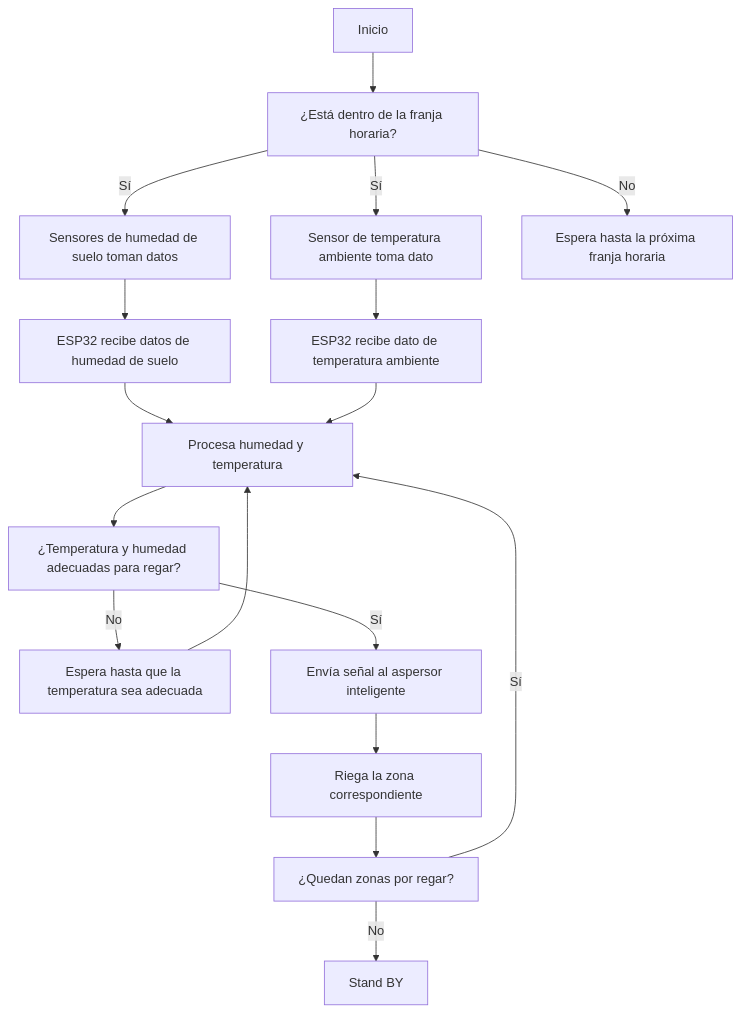
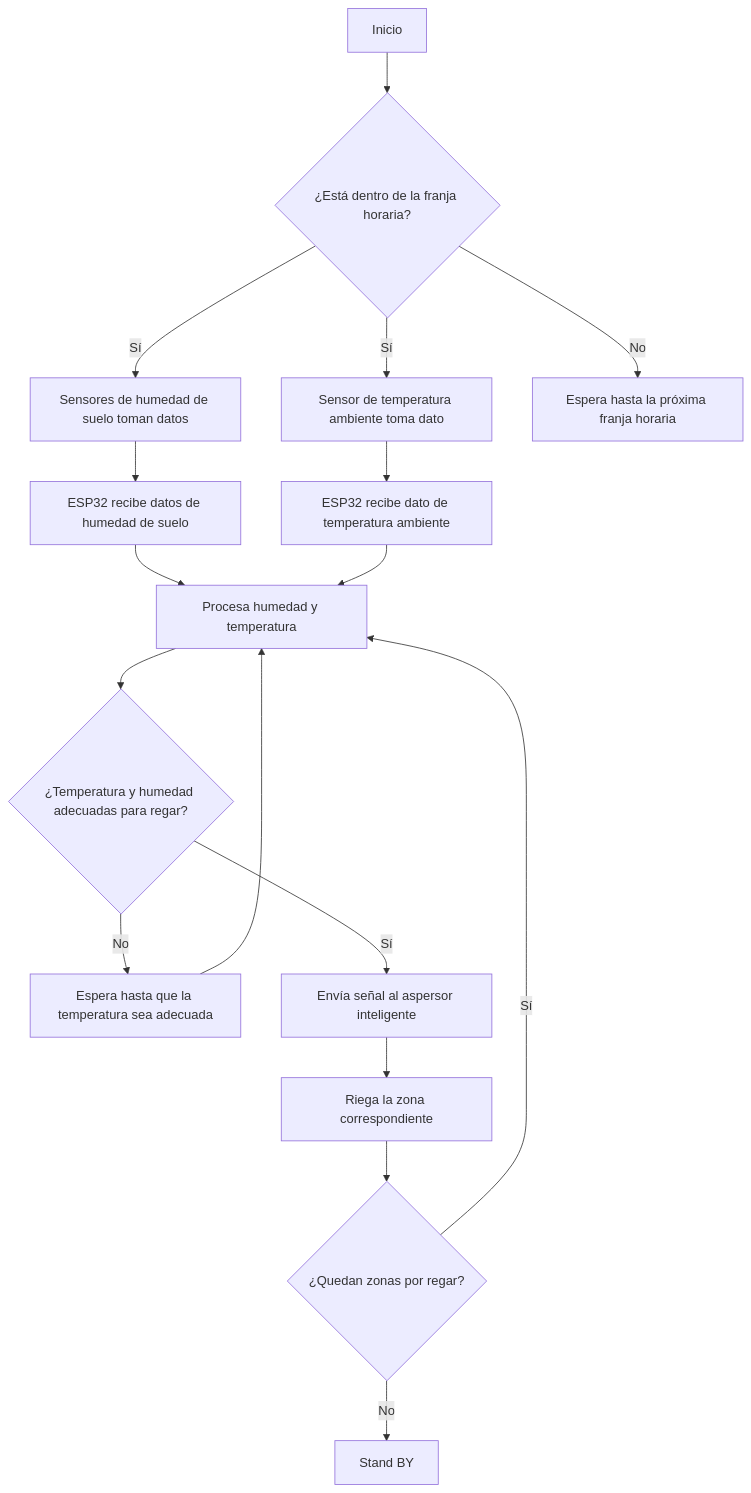
One commit to proyectoitsv/SRI_Performance changed the diagram in DOCUMENTOS/DIAGRAMAS/diagrama flujo.mmd. Above: the diagram before and after it, drawn with Mermaid.

Commit message:
Change decision nodes to use diamond shapes

```diff
--- a/DOCUMENTOS/DIAGRAMAS/diagrama flujo.mmd
+++ b/DOCUMENTOS/DIAGRAMAS/diagrama flujo.mmd
@@ -1,20 +1,20 @@
 flowchart TD
-    A[Inicio] --> B[¿Está dentro de la franja horaria?]
+    A[Inicio] --> B{¿Está dentro de la franja horaria?}
     B -->|Sí| C1[Sensores de humedad de suelo toman datos]
     B -->|Sí| C2[Sensor de temperatura ambiente toma dato]
     B -->|No| Z1[Espera hasta la próxima franja horaria]
 
     C1 --> D1[ESP32 recibe datos de humedad de suelo]
     C2 --> D2[ESP32 recibe dato de temperatura ambiente]
     D1 --> E[Procesa humedad y temperatura]
     D2 --> E
 
-    E --> F[¿Temperatura y humedad adecuadas para regar?]
+    E --> F{¿Temperatura y humedad adecuadas para regar?}
     F -->|No| G[Espera hasta que la temperatura sea adecuada]
     G --> E
 
     F -->|Sí| H[Envía señal al aspersor inteligente]
     H --> I[Riega la zona correspondiente]
-    I --> J[¿Quedan zonas por regar?]
+    I --> J{¿Quedan zonas por regar?}
     J -->|Sí| E
     J -->|No| K[Stand BY]
```
